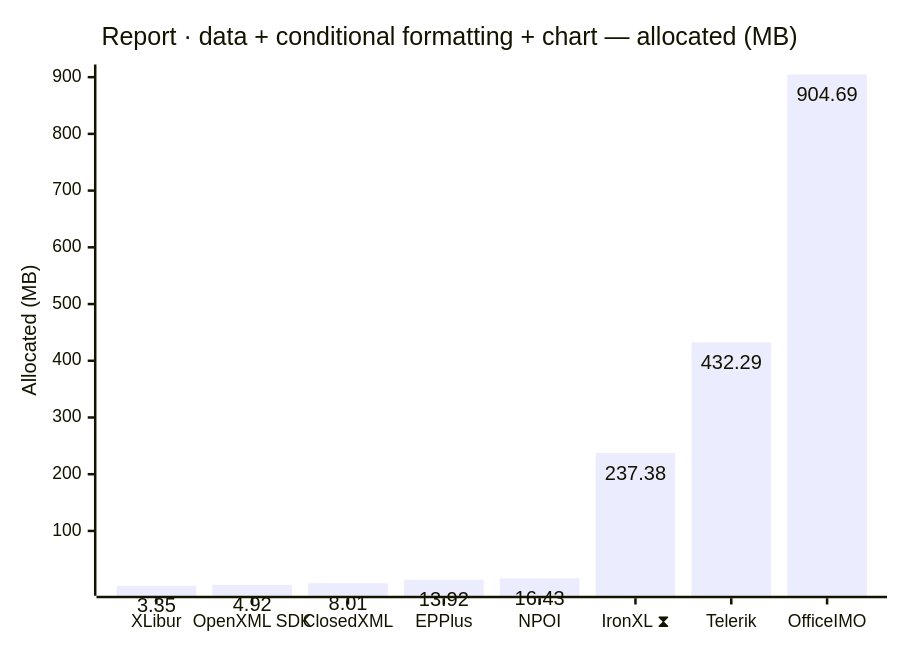
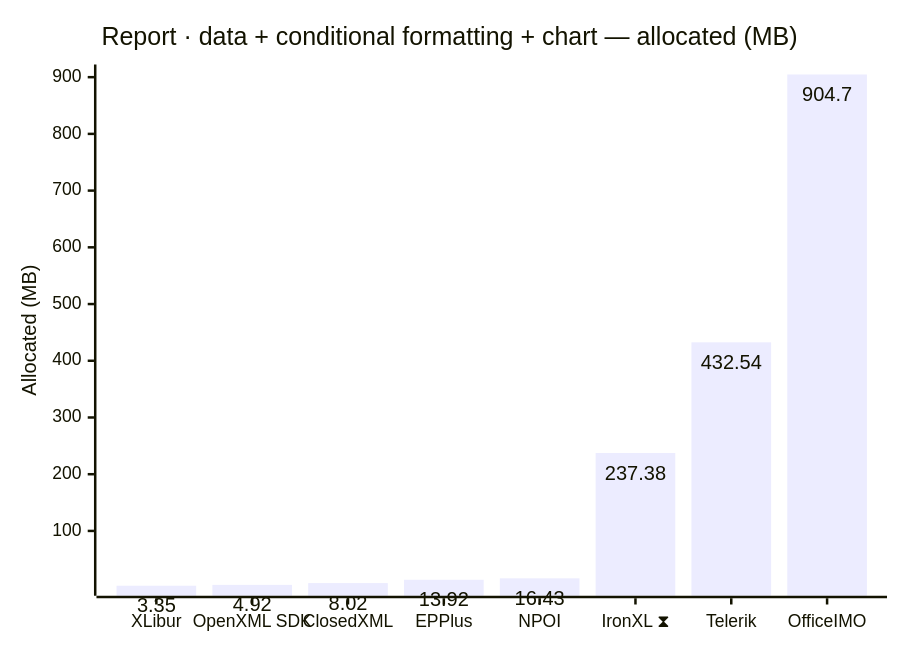
One commit to jafin/XLBench changed the eighth of 12 diagrams in docs/results.md. Above: the diagram before and after it, drawn with Mermaid. The commit also changed other lines of this file and 4 other files, not shown here.

````diff
--- a/docs/results.md
+++ b/docs/results.md
@@ -133,12 +133,12 @@
 ```mermaid
 ---
 config:
   xyChart:
     showDataLabel: true
 ---
 xychart-beta
     title "Report · data + conditional formatting + chart — allocated (MB)"
     x-axis ["XLibur", "OpenXML SDK", "ClosedXML", "EPPlus", "NPOI", "IronXL ⧗", "Telerik", "OfficeIMO"]
     y-axis "Allocated (MB)"
-    bar [3.35, 4.92, 8.01, 13.92, 16.43, 237.38, 432.29, 904.69]
+    bar [3.35, 4.92, 8.02, 13.92, 16.43, 237.38, 432.54, 904.7]
 ```
````
